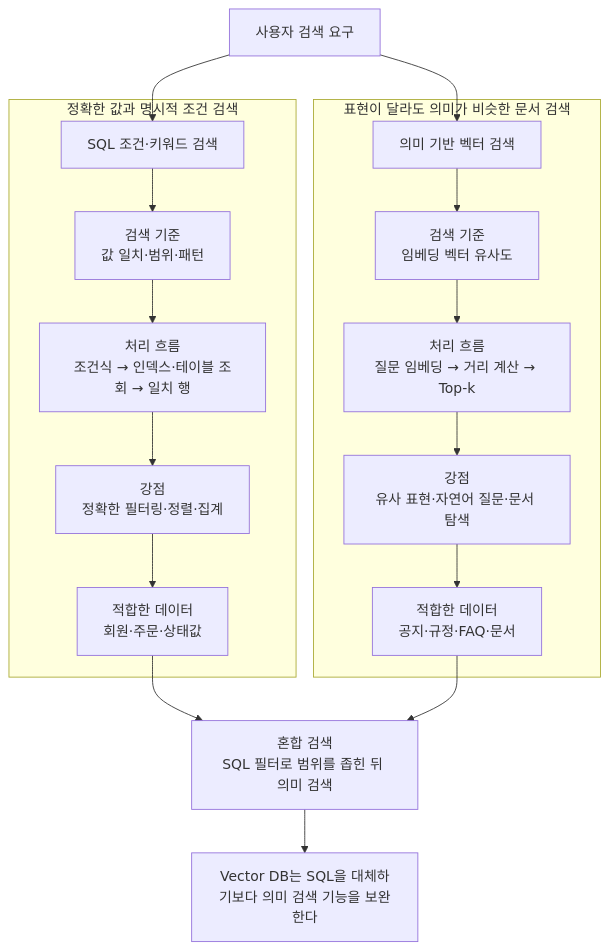
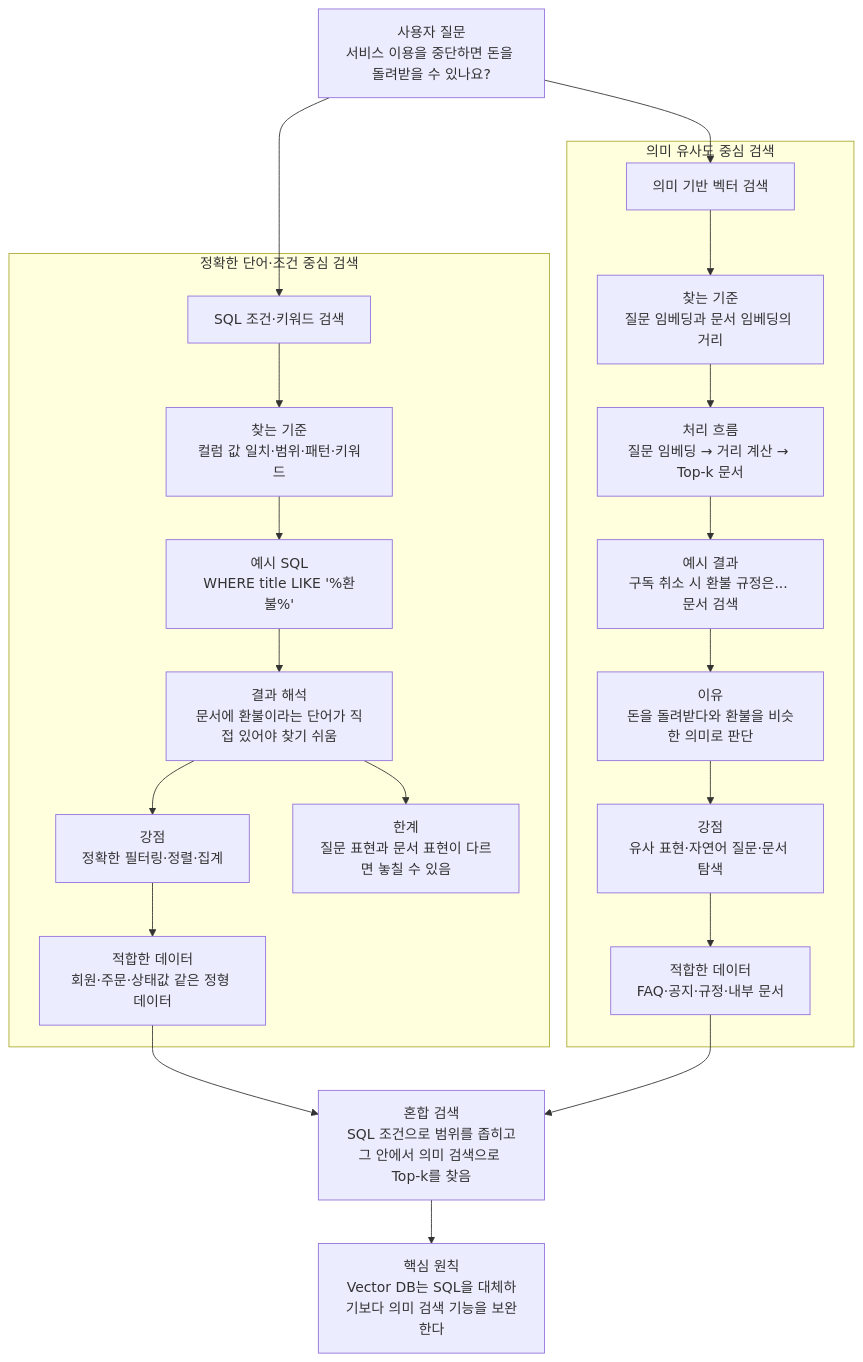
The diagram in images/chapter14/ch14_01_sql_vs_semantic_search.mmd (GilbertMoon/ai-database-book), drawn with Mermaid before and after one commit.

Commit message:
docs(ch14): refine SQL vs semantic search comparison source

```diff
--- a/images/chapter14/ch14_01_sql_vs_semantic_search.mmd
+++ b/images/chapter14/ch14_01_sql_vs_semantic_search.mmd
@@ -1,23 +1,27 @@
 flowchart TB
-    A[사용자 검색 요구]
+    A[사용자 질문<br/>서비스 이용을 중단하면 돈을 돌려받을 수 있나요?]
 
     A --> B[SQL 조건·키워드 검색]
     A --> C[의미 기반 벡터 검색]
 
-    subgraph SQL[정확한 값과 명시적 조건 검색]
-        B --> B1[검색 기준<br/>값 일치·범위·패턴]
-        B1 --> B2[처리 흐름<br/>조건식 → 인덱스·테이블 조회 → 일치 행]
-        B2 --> B3[강점<br/>정확한 필터링·정렬·집계]
-        B3 --> B4[적합한 데이터<br/>회원·주문·상태값]
+    subgraph SQL[정확한 단어·조건 중심 검색]
+        B --> B1[찾는 기준<br/>컬럼 값 일치·범위·패턴·키워드]
+        B1 --> B2[예시 SQL<br/>WHERE title LIKE '%환불%']
+        B2 --> B3[결과 해석<br/>문서에 환불이라는 단어가 직접 있어야 찾기 쉬움]
+        B3 --> B4[강점<br/>정확한 필터링·정렬·집계]
+        B4 --> B5[적합한 데이터<br/>회원·주문·상태값 같은 정형 데이터]
+        B3 --> B6[한계<br/>질문 표현과 문서 표현이 다르면 놓칠 수 있음]
     end
 
-    subgraph SEMANTIC[표현이 달라도 의미가 비슷한 문서 검색]
-        C --> C1[검색 기준<br/>임베딩 벡터 유사도]
-        C1 --> C2[처리 흐름<br/>질문 임베딩 → 거리 계산 → Top-k]
-        C2 --> C3[강점<br/>유사 표현·자연어 질문·문서 탐색]
-        C3 --> C4[적합한 데이터<br/>공지·규정·FAQ·문서]
+    subgraph SEMANTIC[의미 유사도 중심 검색]
+        C --> C1[찾는 기준<br/>질문 임베딩과 문서 임베딩의 거리]
+        C1 --> C2[처리 흐름<br/>질문 임베딩 → 거리 계산 → Top-k 문서]
+        C2 --> C3[예시 결과<br/>구독 취소 시 환불 규정은... 문서 검색]
+        C3 --> C4[이유<br/>돈을 돌려받다와 환불을 비슷한 의미로 판단]
+        C4 --> C5[강점<br/>유사 표현·자연어 질문·문서 탐색]
+        C5 --> C6[적합한 데이터<br/>FAQ·공지·규정·내부 문서]
     end
 
-    B4 --> D[혼합 검색<br/>SQL 필터로 범위를 좁힌 뒤 의미 검색]
-    C4 --> D
-    D --> E[Vector DB는 SQL을 대체하기보다 의미 검색 기능을 보완한다]
+    B5 --> D[혼합 검색<br/>SQL 조건으로 범위를 좁히고<br/>그 안에서 의미 검색으로 Top-k를 찾음]
+    C6 --> D
+    D --> E[핵심 원칙<br/>Vector DB는 SQL을 대체하기보다 의미 검색 기능을 보완한다]
```
